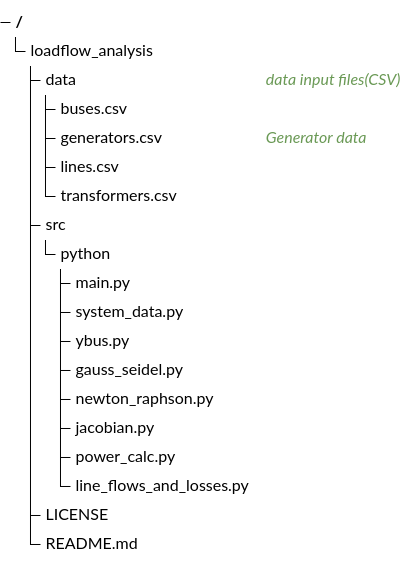
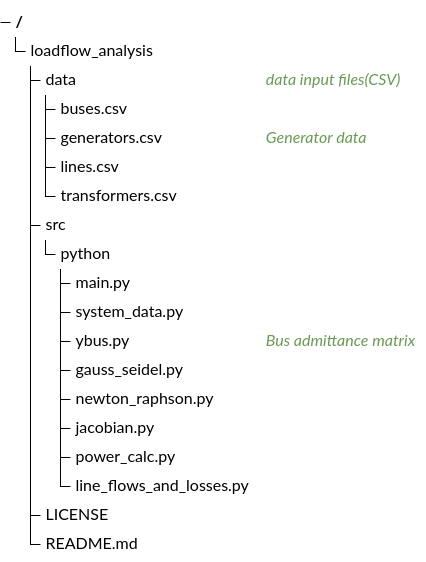
The diagram in README.md (sai-power-systems/loadflow-analysis-toolkit), drawn with Mermaid before and after one commit. The commit also changed 1 other file, not shown here.

````diff
--- a/README.md
+++ b/README.md
@@ -23,24 +23,24 @@
 ```mermaid
 treeView-beta
   ┣━━ loadflow_analysis
     ┣━━ data ## data input files(CSV)
     ┃   ┣━━ buses.csv
     ┃   ┣━━ generators.csv ## Generator data
     ┃   ┣━━ lines.csv
     ┃   ┗━━ transformers.csv
     ┣━━ src
     ┃   ┗━━ python
     ┃       ┣━━ main.py
     ┃       ┣━━ system_data.py
-    ┃       ┣━━ ybus.py
+    ┃       ┣━━ ybus.py ## Bus admittance matrix
     ┃       ┣━━ gauss_seidel.py
     ┃       ┣━━ newton_raphson.py
     ┃       ┣━━ jacobian.py
     ┃       ┣━━ power_calc.py
     ┃       ┗━━ line_flows_and_losses.py
     ┣━━ LICENSE
     ┗━━ README.md
 
 
 
 ```
````
